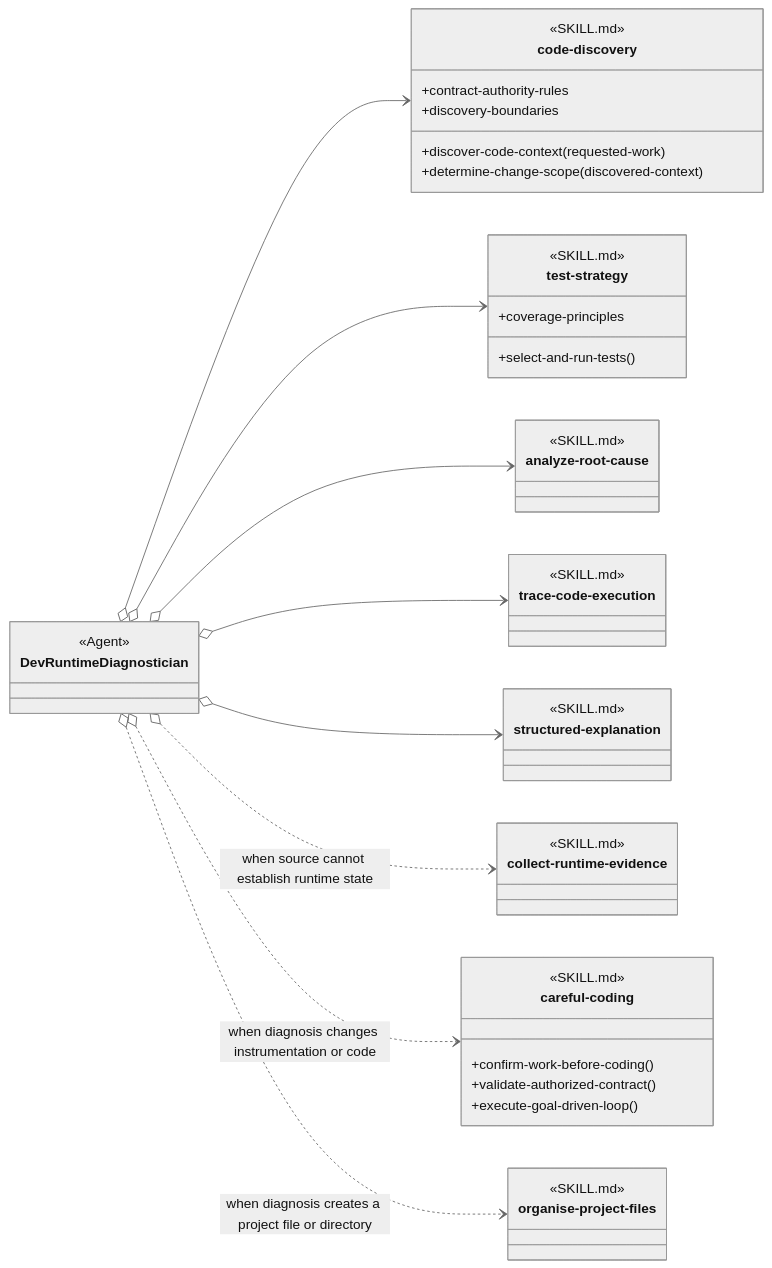
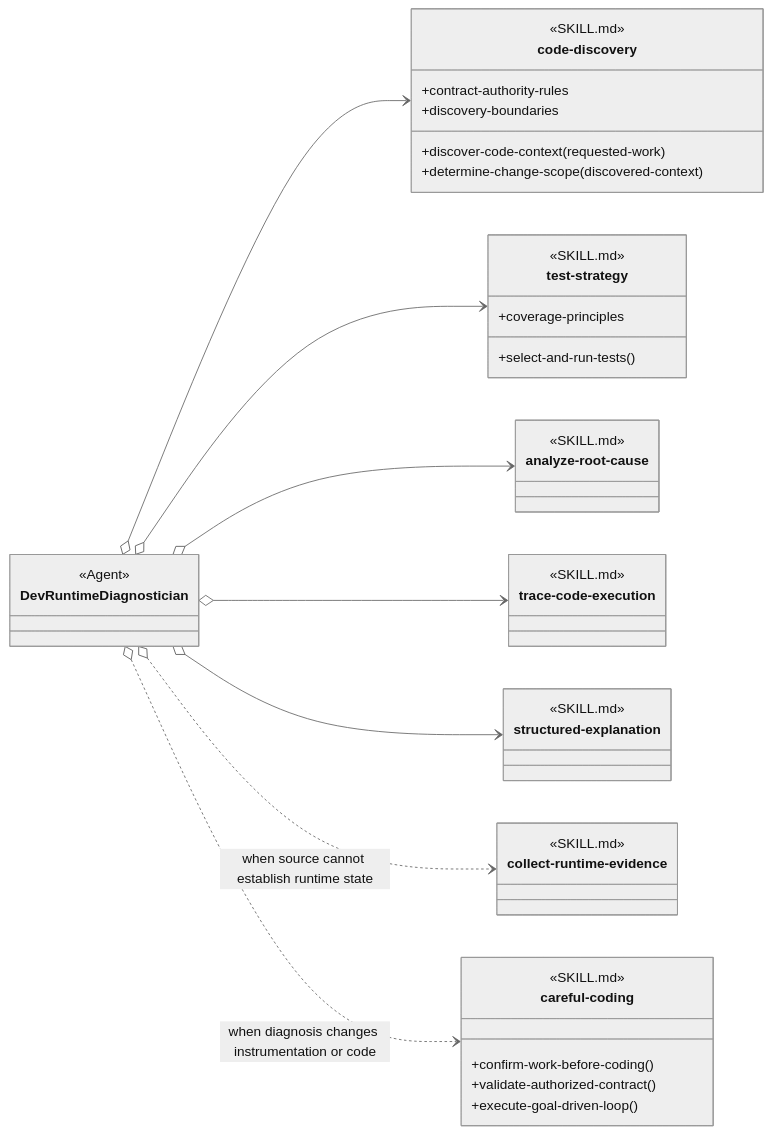
The fourth of 6 diagrams in design/agents/review-and-verification.md (martinbechard/dev-methodology), drawn with Mermaid (neutral theme) before and after one commit. The commit also changed other lines of this file and 140 other files, not shown here.

````diff
--- a/design/agents/review-and-verification.md
+++ b/design/agents/review-and-verification.md
@@ -168,58 +158,53 @@
 ```mermaid
 classDiagram
     direction LR
 
     class DevRuntimeDiagnostician {
         <<Agent>>
     }
     class code-discovery {
         <<SKILL.md>>
         <<Cross-group>>
         +discover-code-context(requested-work)
         +determine-change-scope(discovered-context)
         +contract-authority-rules
         +discovery-boundaries
     }
     class test-strategy {
         <<SKILL.md>>
         <<Agent Skill>>
         +select-and-run-tests()
         +coverage-principles
     }
     class analyze-root-cause {
         <<SKILL.md>>
         <<Agent Skill>>
     }
     class trace-code-execution {
         <<SKILL.md>>
         <<Agent Skill>>
     }
     class structured-explanation {
         <<SKILL.md>>
         <<Cross-group>>
     }
     class collect-runtime-evidence {
         <<SKILL.md>>
         <<Agent Skill>>
     }
     class careful-coding {
         <<SKILL.md>>
         <<Cross-group>>
         +confirm-work-before-coding()
         +validate-authorized-contract()
         +execute-goal-driven-loop()
     }
-    class organise-project-files {
-        <<SKILL.md>>
-        <<Cross-group>>
-    }
 
     DevRuntimeDiagnostician o--> code-discovery
     DevRuntimeDiagnostician o--> test-strategy
     DevRuntimeDiagnostician o--> analyze-root-cause
     DevRuntimeDiagnostician o--> trace-code-execution
     DevRuntimeDiagnostician o--> structured-explanation
     DevRuntimeDiagnostician o..> collect-runtime-evidence : when source cannot establish runtime state
     DevRuntimeDiagnostician o..> careful-coding : when diagnosis changes instrumentation or code
-    DevRuntimeDiagnostician o..> organise-project-files : when diagnosis creates a project file or directory
 ```
````
